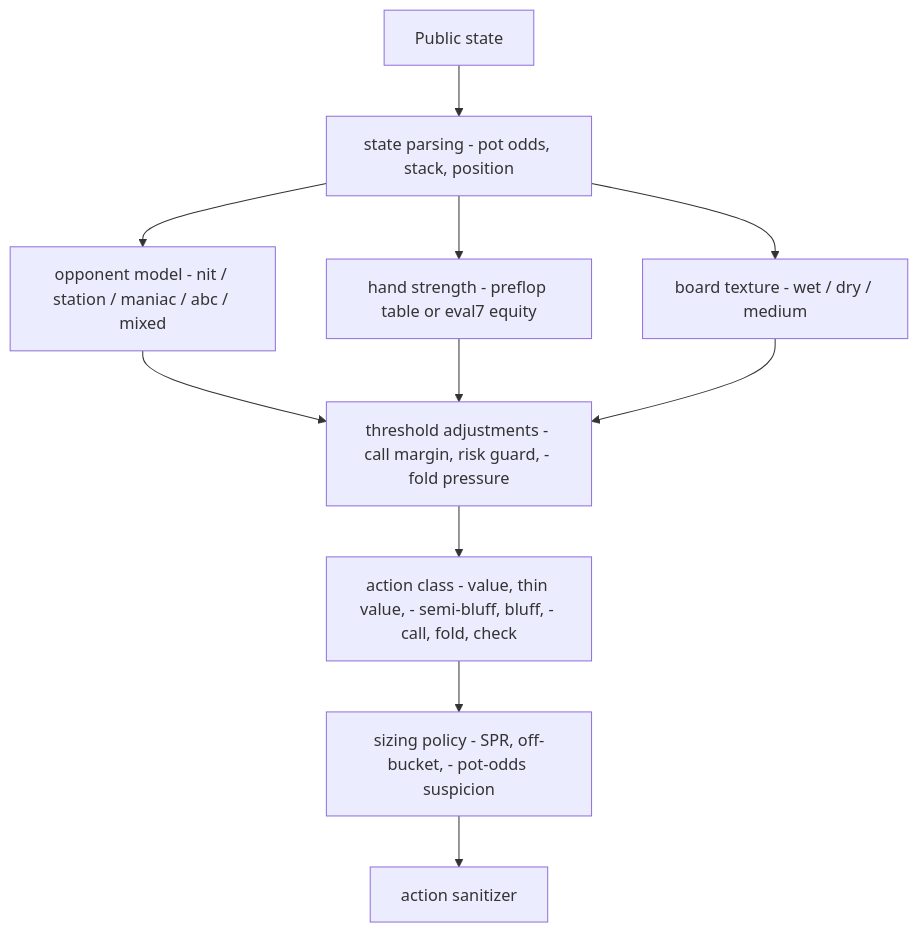
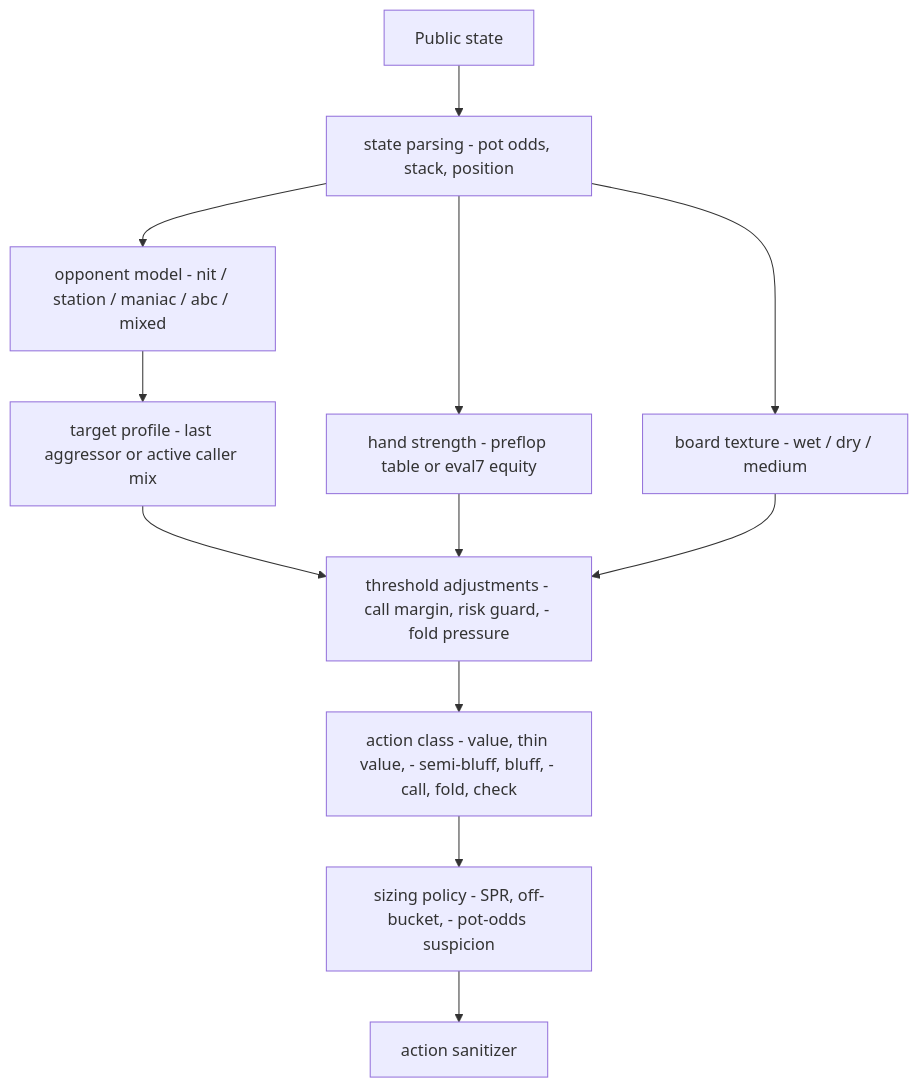
One commit to kosunghun317/fullhouse-engine changed the second of 3 diagrams in docs/heuristic-bot-logic.md. Above: the diagram before and after it, drawn with Mermaid. The commit also changed other lines of this file and 9 other files, not shown here.

````diff
--- a/docs/heuristic-bot-logic.md
+++ b/docs/heuristic-bot-logic.md
@@ -73,13 +74,14 @@
 ```mermaid
 graph TD
     State["Public state"] --> Parse["state parsing - pot odds, stack, position"]
     Parse --> Opponent["opponent model - nit / station / maniac / abc / mixed"]
+    Opponent --> Target["target profile - last aggressor or active caller mix"]
     Parse --> Strength["hand strength - preflop table or eval7 equity"]
     Parse --> Texture["board texture - wet / dry / medium"]
-    Opponent --> Thresholds["threshold adjustments - call margin, risk guard, - fold pressure"]
+    Target --> Thresholds["threshold adjustments - call margin, risk guard, - fold pressure"]
     Strength --> Thresholds
     Texture --> Thresholds
     Thresholds --> ActionClass["action class - value, thin value, - semi-bluff, bluff, - call, fold, check"]
     ActionClass --> Sizing["sizing policy - SPR, off-bucket, - pot-odds suspicion"]
     Sizing --> Sanitizer["action sanitizer"]
 ```
````
